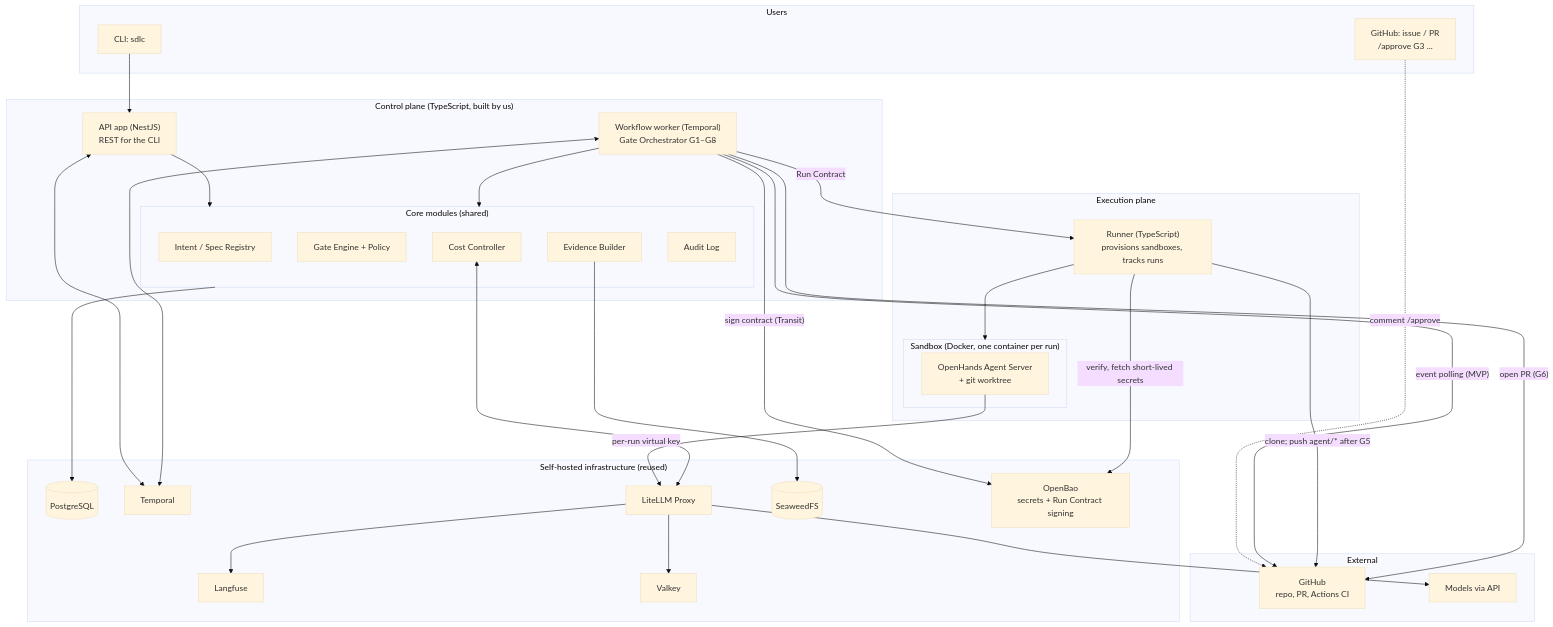
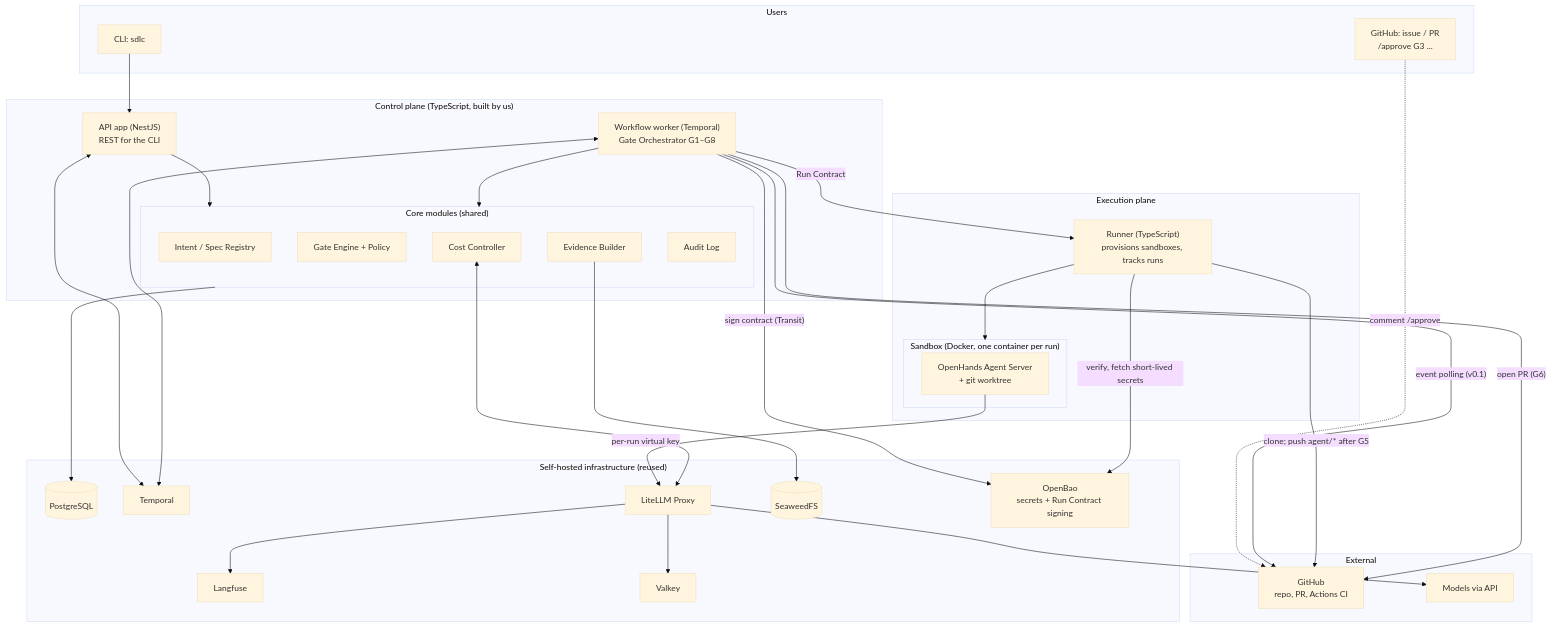
One commit to hoanghainh1188/agentic-sdlc-framework changed the first of 2 diagrams in design/D-03-mvp-architecture.md. Above: the diagram before and after it, drawn with Mermaid (base theme). The commit also changed other lines of this file and 27 other files, not shown here.

First line of the commit message:
docs: the roadmap after v0.1 ("MVP" retired; milestones EXT, Models, Server, Later) (#256)

````diff
--- a/design/D-03-mvp-architecture.md
+++ b/design/D-03-mvp-architecture.md
@@ -42,62 +42,62 @@
 ```mermaid
 flowchart TB
     subgraph USER["Users"]
         CLI["CLI: sdlc"]
         GHUI["GitHub: issue / PR<br/>/approve G3 ..."]
     end
 
     subgraph CP["Control plane (TypeScript, built by us)"]
         API["API app (NestJS)<br/>REST for the CLI"]
         WK["Workflow worker (Temporal)<br/>Gate Orchestrator G1–G8"]
         subgraph MOD["Core modules (shared)"]
             REG["Intent / Spec Registry"]
             GATE["Gate Engine + Policy"]
             COST["Cost Controller"]
             EVD["Evidence Builder"]
             AUD["Audit Log"]
         end
     end
 
     subgraph EP["Execution plane"]
         RUN["Runner (TypeScript)<br/>provisions sandboxes, tracks runs"]
         subgraph SB["Sandbox (Docker, one container per run)"]
             OH["OpenHands Agent Server<br/>+ git worktree"]
         end
     end
 
     subgraph INFRA["Self-hosted infrastructure (reused)"]
         PG[("PostgreSQL")]
         TMP["Temporal"]
         LL["LiteLLM Proxy"]
         LF["Langfuse"]
         S3[("SeaweedFS")]
         VK["Valkey"]
         VAULT["OpenBao<br/>secrets + Run Contract signing"]
     end
 
     subgraph EXT["External"]
         GH["GitHub<br/>repo, PR, Actions CI"]
         LLM["Models via API"]
     end
 
     CLI --> API
     GHUI -. "comment /approve" .-> GH
-    WK -- "event polling (MVP)" --> GH
+    WK -- "event polling (v0.1)" --> GH
     API --> MOD
     WK --> MOD
     API <--> TMP
     WK <--> TMP
     WK -- "Run Contract" --> RUN
     RUN --> SB
     OH -- "per-run virtual key" --> LL
     LL --> LLM
     LL --> LF
     LL --> VK
     RUN -- "clone; push agent/* after G5" --> GH
     WK -- "open PR (G6)" --> GH
     MOD --> PG
     EVD --> S3
     COST <--> LL
     WK -- "sign contract (Transit)" --> VAULT
     RUN -- "verify, fetch short-lived secrets" --> VAULT
 ```
````
